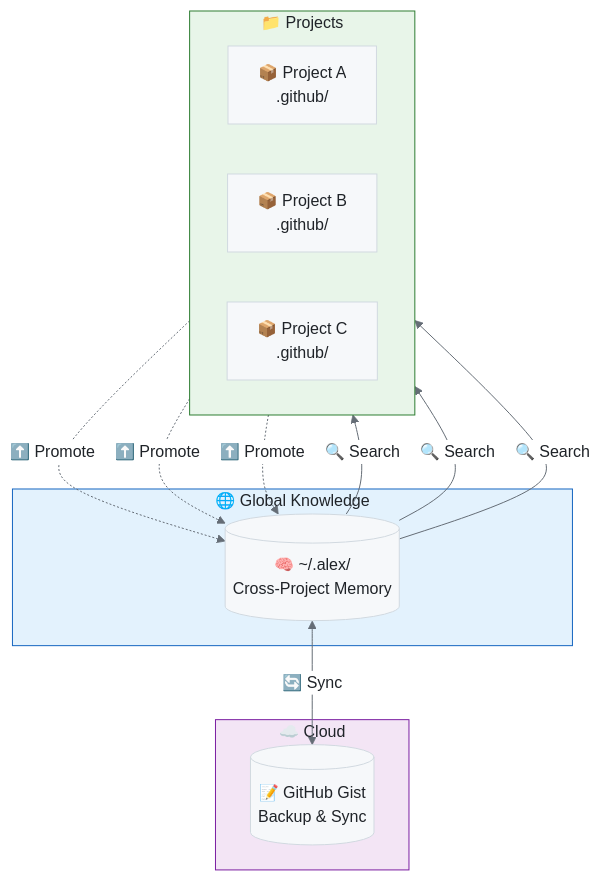
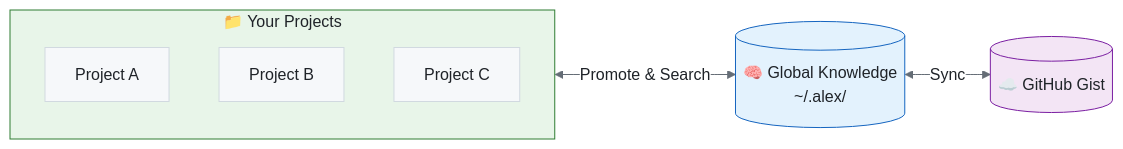
The first of 5 diagrams in alex_docs/GLOBAL-KNOWLEDGE.md (fabioc-aloha/Alex_Plug_In), drawn with Mermaid before and after one commit. The commit also changed 2 other files, not shown here.

Commit message:
fix: Simplify diagrams and fix Mermaid parse errors
- Simplified GLOBAL-KNOWLEDGE.md first diagram (6 arrows → 1 bidirectional)
- Removed line breaks from README memory nodes
- Fixed nested parentheses causing parse error in UNCONSCIOUS-MIND.md

````diff
--- a/alex_docs/GLOBAL-KNOWLEDGE.md
+++ b/alex_docs/GLOBAL-KNOWLEDGE.md
@@ -11,32 +11,20 @@
 ```mermaid
 %%{init: {'theme': 'base', 'themeVariables': { 'primaryColor': '#f6f8fa', 'primaryTextColor': '#1f2328', 'primaryBorderColor': '#d1d9e0', 'lineColor': '#656d76', 'secondaryColor': '#f6f8fa', 'tertiaryColor': '#ffffff', 'background': '#ffffff', 'mainBkg': '#f6f8fa', 'nodeBorder': '#d1d9e0', 'clusterBkg': '#f6f8fa', 'clusterBorder': '#d1d9e0', 'titleColor': '#1f2328', 'edgeLabelBackground': '#ffffff'}}}%%
-flowchart TB
-    subgraph PROJECTS["📁 Projects"]
-        direction LR
-        P1["📦 Project A<br/>.github/"]
-        P2["📦 Project B<br/>.github/"]
-        P3["📦 Project C<br/>.github/"]
+flowchart LR
+    subgraph PROJECTS["📁 Your Projects"]
+        P1["Project A"]
+        P2["Project B"]
+        P3["Project C"]
     end
 
-    subgraph GLOBAL["🌐 Global Knowledge"]
-        GK[("🧠 ~/.alex/<br/>Cross-Project Memory")]
-    end
+    GK[("🧠 Global Knowledge<br/>~/.alex/")]
 
-    subgraph CLOUD["☁️ Cloud"]
-        GIST[("📝 GitHub Gist<br/>Backup & Sync")]
-    end
+    GIST[("☁️ GitHub Gist")]
 
-    P1 -.->|"⬆️ Promote"| GK
-    P2 -.->|"⬆️ Promote"| GK
-    P3 -.->|"⬆️ Promote"| GK
-
-    GK -->|"🔍 Search"| P1
-    GK -->|"🔍 Search"| P2
-    GK -->|"🔍 Search"| P3
-
-    GK <-->|"🔄 Sync"| GIST
+    PROJECTS <-->|"Promote & Search"| GK
+    GK <-->|"Sync"| GIST
 
     style PROJECTS fill:#e8f5e9,stroke:#2e7d32
-    style GLOBAL fill:#e3f2fd,stroke:#1565c0
-    style CLOUD fill:#f3e5f5,stroke:#7b1fa2
+    style GK fill:#e3f2fd,stroke:#1565c0
+    style GIST fill:#f3e5f5,stroke:#7b1fa2
 ```
````
